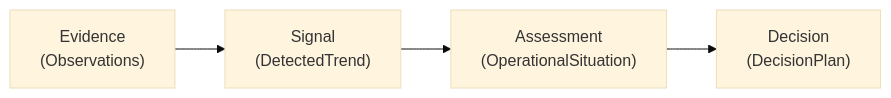
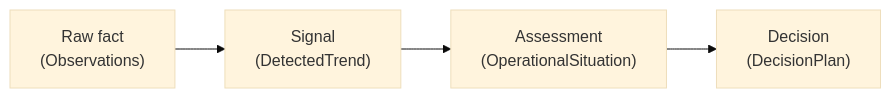
The second of 3 diagrams in docs/reasoning-pipeline.md (Saim-naushad/Odis), drawn with Mermaid (base theme) before and after one commit. The commit also changed other lines of this file and 11 other files, not shown here.

Commit message:
docs: align architecture and platform documentation with v1.0 implementation

````diff
--- a/docs/reasoning-pipeline.md
+++ b/docs/reasoning-pipeline.md
@@ -196,11 +270,11 @@
 ```mermaid
 flowchart LR
-    evidence["Evidence\n(Observations)"]
+    rawFact["Raw fact\n(Observations)"]
     signal["Signal\n(DetectedTrend)"]
     assessment["Assessment\n(OperationalSituation)"]
     decision["Decision\n(DecisionPlan)"]
 
-    evidence --> signal
+    rawFact --> signal
     signal --> assessment
     assessment --> decision
 ```
````
